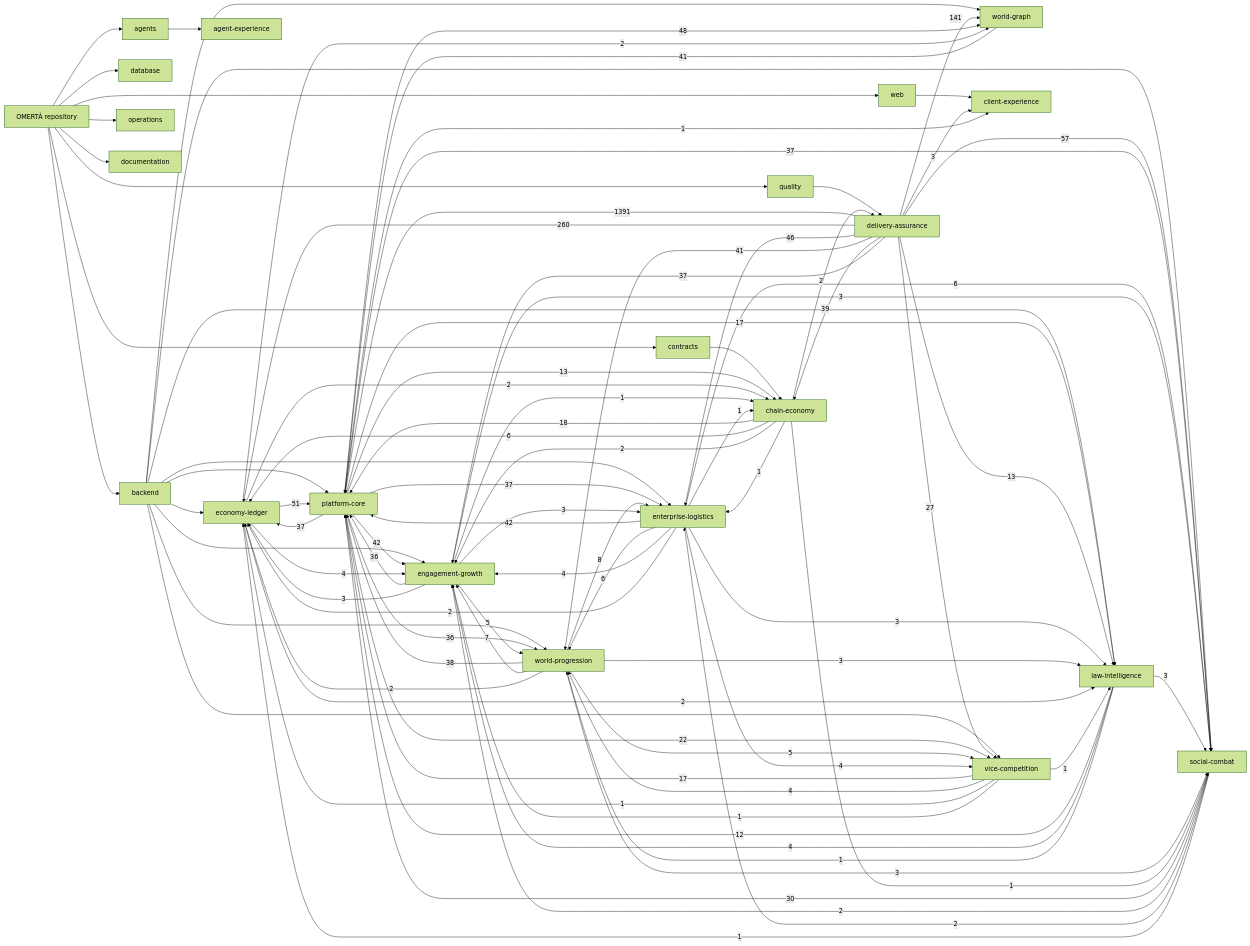
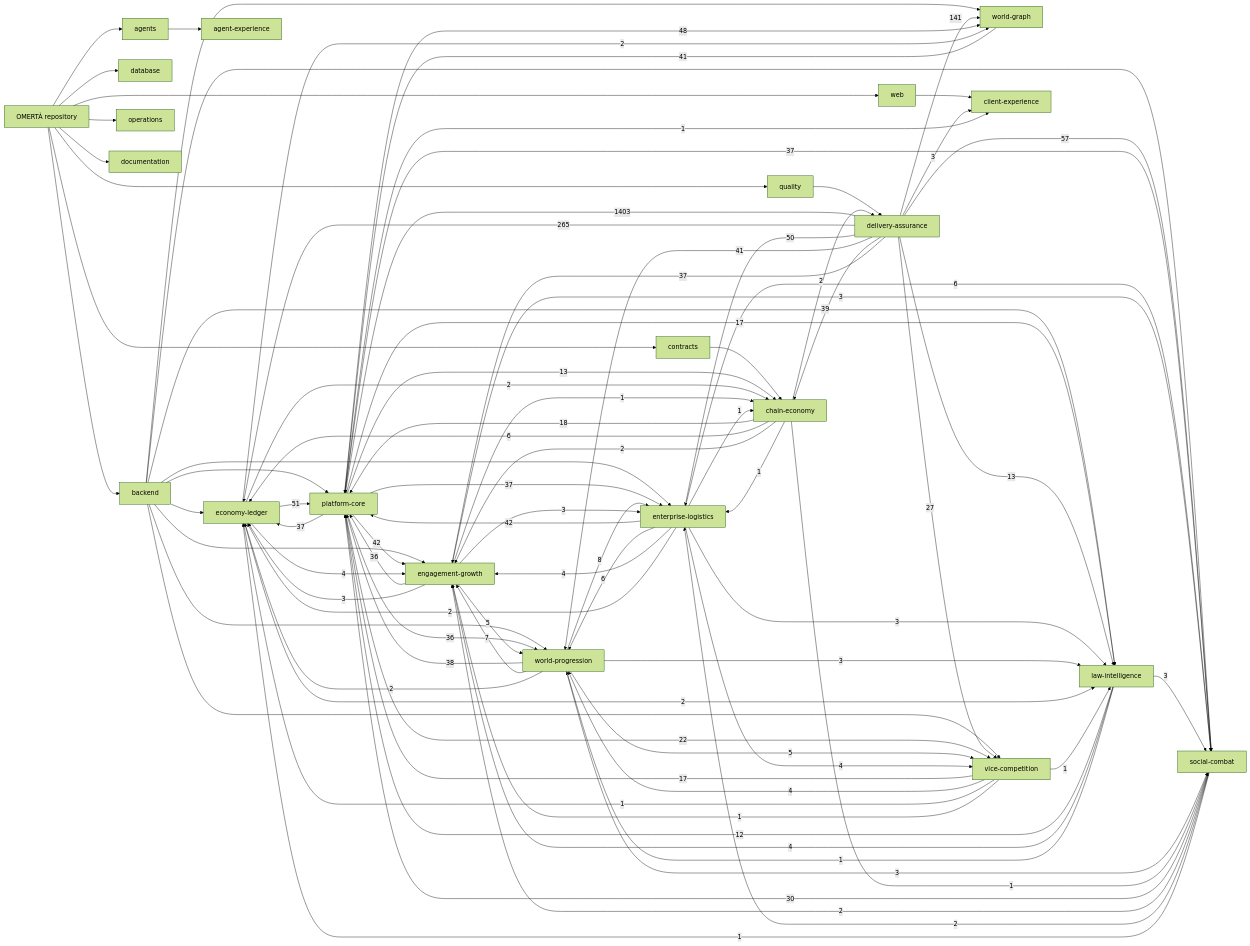
One commit to OmertaDev/Omerta changed the diagram in knowledge/generated/graph.mmd. Above: the diagram before and after it, drawn with Mermaid (forest theme). The commit also changed 8 other files, not shown here.

```diff
--- a/knowledge/generated/graph.mmd
+++ b/knowledge/generated/graph.mmd
@@ -1,111 +1,111 @@
 flowchart LR
   repo["OMERTÀ repository"]
   sub_backend["backend"]
   repo --> sub_backend
   sub_database["database"]
   repo --> sub_database
   sub_web["web"]
   repo --> sub_web
   sub_contracts["contracts"]
   repo --> sub_contracts
   sub_agents["agents"]
   repo --> sub_agents
   sub_quality["quality"]
   repo --> sub_quality
   sub_operations["operations"]
   repo --> sub_operations
   sub_documentation["documentation"]
   repo --> sub_documentation
   dom_platform-core["platform-core"]
   dom_economy-ledger["economy-ledger"]
   dom_social-combat["social-combat"]
   dom_world-progression["world-progression"]
   dom_world-graph["world-graph"]
   dom_enterprise-logistics["enterprise-logistics"]
   dom_vice-competition["vice-competition"]
   dom_law-intelligence["law-intelligence"]
   dom_chain-economy["chain-economy"]
   dom_engagement-growth["engagement-growth"]
   dom_client-experience["client-experience"]
   dom_agent-experience["agent-experience"]
   dom_delivery-assurance["delivery-assurance"]
   sub_agents --> dom_agent-experience
   sub_backend --> dom_economy-ledger
   sub_backend --> dom_engagement-growth
   sub_backend --> dom_enterprise-logistics
   sub_backend --> dom_law-intelligence
   sub_backend --> dom_platform-core
   sub_backend --> dom_social-combat
   sub_backend --> dom_vice-competition
   sub_backend --> dom_world-graph
   sub_backend --> dom_world-progression
   sub_contracts --> dom_chain-economy
   sub_quality --> dom_delivery-assurance
   sub_web --> dom_client-experience
-  dom_delivery-assurance -->|1391| dom_platform-core
-  dom_delivery-assurance -->|260| dom_economy-ledger
+  dom_delivery-assurance -->|1403| dom_platform-core
+  dom_delivery-assurance -->|265| dom_economy-ledger
   dom_delivery-assurance -->|141| dom_world-graph
   dom_delivery-assurance -->|57| dom_social-combat
   dom_economy-ledger -->|51| dom_platform-core
+  dom_delivery-assurance -->|50| dom_enterprise-logistics
   dom_platform-core -->|48| dom_world-graph
-  dom_delivery-assurance -->|46| dom_enterprise-logistics
   dom_enterprise-logistics -->|42| dom_platform-core
   dom_platform-core -->|42| dom_engagement-growth
   dom_delivery-assurance -->|41| dom_world-progression
   dom_world-graph -->|41| dom_platform-core
   dom_delivery-assurance -->|39| dom_chain-economy
   dom_world-progression -->|38| dom_platform-core
   dom_delivery-assurance -->|37| dom_engagement-growth
   dom_platform-core -->|37| dom_economy-ledger
   dom_platform-core -->|37| dom_enterprise-logistics
   dom_platform-core -->|37| dom_social-combat
   dom_engagement-growth -->|36| dom_platform-core
   dom_platform-core -->|36| dom_world-progression
   dom_social-combat -->|30| dom_platform-core
   dom_delivery-assurance -->|27| dom_vice-competition
   dom_platform-core -->|22| dom_vice-competition
   dom_chain-economy -->|18| dom_platform-core
   dom_platform-core -->|17| dom_law-intelligence
   dom_vice-competition -->|17| dom_platform-core
   dom_delivery-assurance -->|13| dom_law-intelligence
   dom_platform-core -->|13| dom_chain-economy
   dom_law-intelligence -->|12| dom_platform-core
   dom_world-progression -->|8| dom_enterprise-logistics
   dom_world-progression -->|7| dom_engagement-growth
   dom_chain-economy -->|6| dom_economy-ledger
   dom_enterprise-logistics -->|6| dom_social-combat
   dom_enterprise-logistics -->|6| dom_world-progression
   dom_engagement-growth -->|5| dom_world-progression
   dom_world-progression -->|5| dom_vice-competition
   dom_economy-ledger -->|4| dom_engagement-growth
   dom_enterprise-logistics -->|4| dom_engagement-growth
   dom_enterprise-logistics -->|4| dom_vice-competition
   dom_law-intelligence -->|4| dom_engagement-growth
   dom_vice-competition -->|4| dom_world-progression
   dom_delivery-assurance -->|3| dom_client-experience
   dom_engagement-growth -->|3| dom_economy-ledger
   dom_engagement-growth -->|3| dom_enterprise-logistics
   dom_engagement-growth -->|3| dom_social-combat
   dom_enterprise-logistics -->|3| dom_law-intelligence
   dom_law-intelligence -->|3| dom_social-combat
   dom_world-progression -->|3| dom_law-intelligence
   dom_world-progression -->|3| dom_social-combat
   dom_chain-economy -->|2| dom_delivery-assurance
   dom_chain-economy -->|2| dom_engagement-growth
   dom_economy-ledger -->|2| dom_chain-economy
   dom_economy-ledger -->|2| dom_law-intelligence
   dom_economy-ledger -->|2| dom_world-graph
   dom_enterprise-logistics -->|2| dom_economy-ledger
   dom_social-combat -->|2| dom_engagement-growth
   dom_social-combat -->|2| dom_enterprise-logistics
   dom_world-progression -->|2| dom_economy-ledger
   dom_chain-economy -->|1| dom_enterprise-logistics
   dom_chain-economy -->|1| dom_social-combat
   dom_engagement-growth -->|1| dom_chain-economy
   dom_enterprise-logistics -->|1| dom_chain-economy
   dom_law-intelligence -->|1| dom_world-progression
   dom_platform-core -->|1| dom_client-experience
   dom_social-combat -->|1| dom_economy-ledger
   dom_vice-competition -->|1| dom_economy-ledger
   dom_vice-competition -->|1| dom_engagement-growth
   dom_vice-competition -->|1| dom_law-intelligence
```
